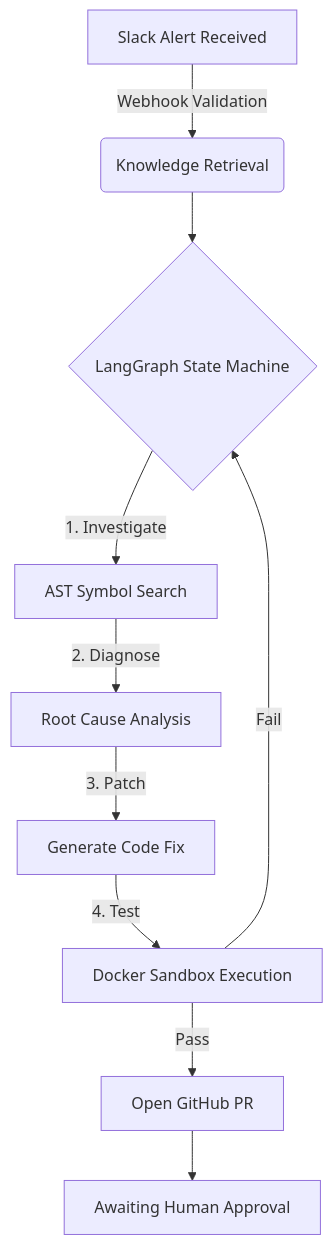
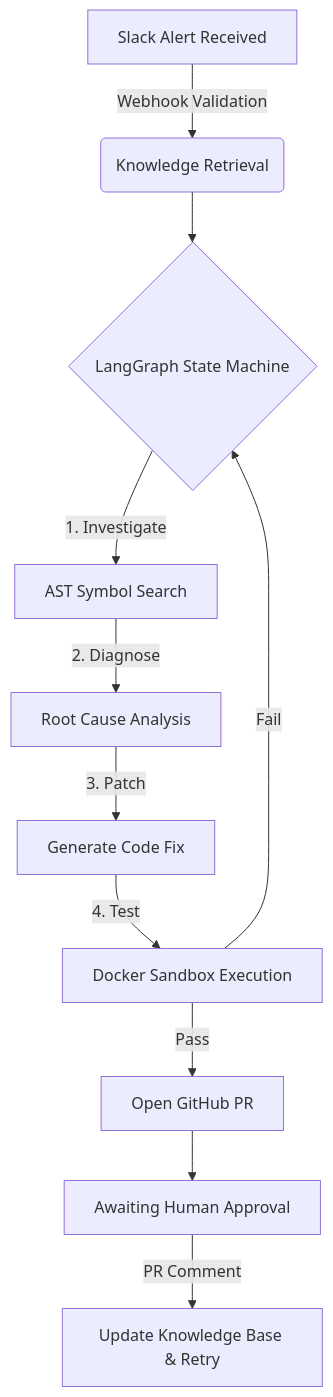
The diagram in README.md (krishna3006b/incident-pilot-agent), drawn with Mermaid before and after one commit. The commit also changed other lines of this file, not shown here.

````diff
--- a/README.md
+++ b/README.md
@@ -33,12 +33,13 @@
 ```mermaid
 graph TD
     A[Slack Alert Received] -->|Webhook Validation| B(Knowledge Retrieval)
     B --> C{LangGraph State Machine}
     C -->|1. Investigate| D[AST Symbol Search]
     D -->|2. Diagnose| E[Root Cause Analysis]
     E -->|3. Patch| F[Generate Code Fix]
     F -->|4. Test| G[Docker Sandbox Execution]
     G -->|Pass| H[Open GitHub PR]
     G -->|Fail| C
     H --> I[Awaiting Human Approval]
+    I -->|PR Comment| J[Update Knowledge Base & Retry]
 ```
````
